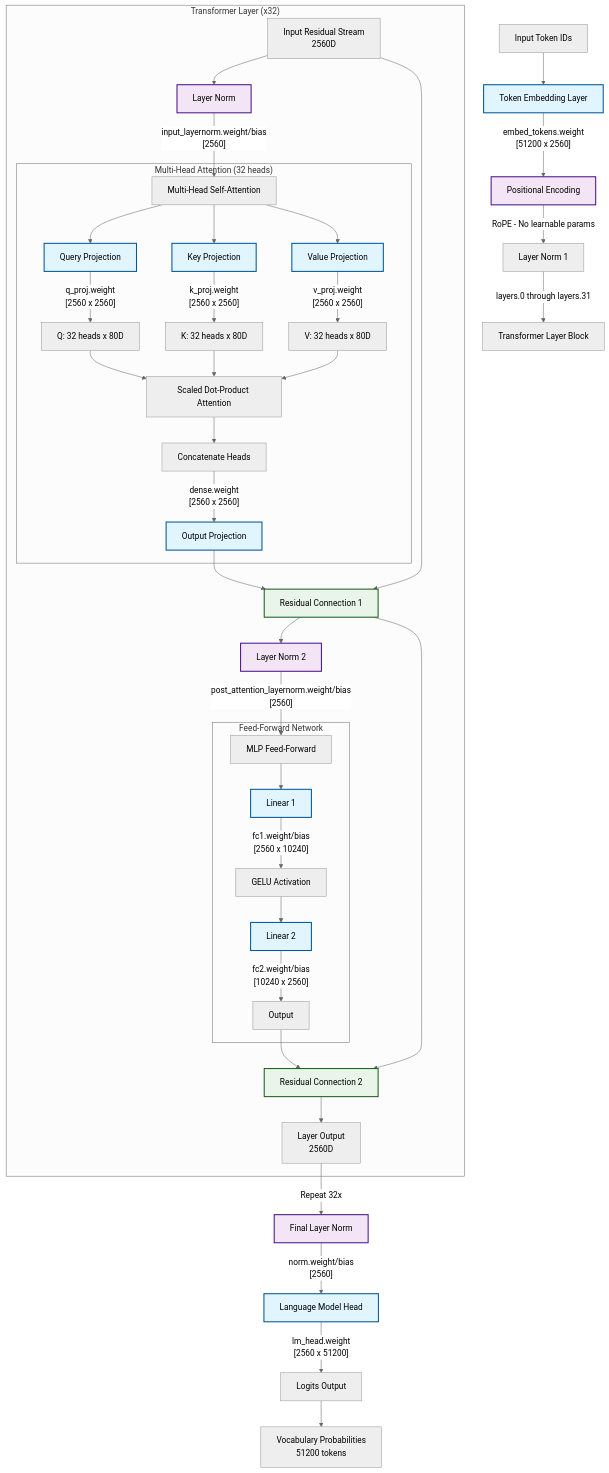
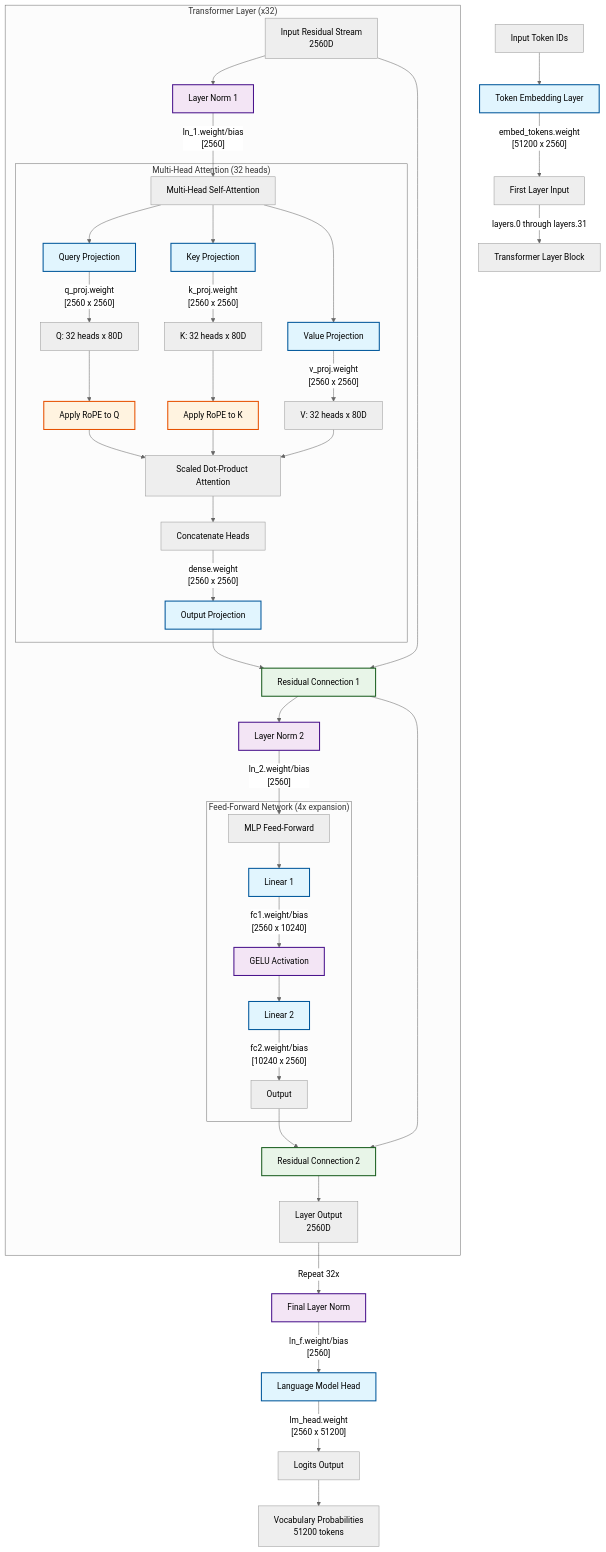
The diagram in README.md (yeager620/mechanistic), drawn with Mermaid (neutral theme) before and after one commit. The commit also changed other lines of this file and 11 other files, not shown here.

````diff
--- a/README.md
+++ b/README.md
@@ -267,64 +306,67 @@
 ```mermaid
 graph TD
     %% Input Processing
     A[Input Token IDs] --> B[Token Embedding Layer]
-    B --> |"embed_tokens.weight<br/>[51200 x 2560]"| C[Positional Encoding]
-    C --> |"RoPE - No learnable params"| D[Layer Norm 1]
+    B --> |"embed_tokens.weight<br/>[51200 x 2560]"| D[First Layer Input]
     
     %% Transformer Layers (32 layers total)
     D --> |"layers.0 through layers.31"| E[Transformer Layer Block]
     
     %% Detailed Transformer Layer
     subgraph TransformerLayer ["Transformer Layer (x32)"]
         E1[Input Residual Stream<br/>2560D] 
-        E1 --> E2[Layer Norm]
-        E2 --> |"input_layernorm.weight/bias<br/>[2560]"| E3[Multi-Head Self-Attention]
+        E1 --> E2[Layer Norm 1]
+        E2 --> |"ln_1.weight/bias<br/>[2560]"| E3[Multi-Head Self-Attention]
         
         %% Attention Detail
         subgraph Attention ["Multi-Head Attention (32 heads)"]
             E3 --> E4[Query Projection]
             E3 --> E5[Key Projection] 
             E3 --> E6[Value Projection]
             E4 --> |"q_proj.weight<br/>[2560 x 2560]"| E7[Q: 32 heads x 80D]
             E5 --> |"k_proj.weight<br/>[2560 x 2560]"| E8[K: 32 heads x 80D]
             E6 --> |"v_proj.weight<br/>[2560 x 2560]"| E9[V: 32 heads x 80D]
-            E7 --> E10[Scaled Dot-Product Attention]
-            E8 --> E10
+            E7 --> E7a[Apply RoPE to Q]
+            E8 --> E8a[Apply RoPE to K]
+            E7a --> E10[Scaled Dot-Product Attention]
+            E8a --> E10
             E9 --> E10
             E10 --> E11[Concatenate Heads]
             E11 --> |"dense.weight<br/>[2560 x 2560]"| E12[Output Projection]
         end
         
         E12 --> E13[Residual Connection 1]
         E1 --> E13
         E13 --> E14[Layer Norm 2] 
-        E14 --> |"post_attention_layernorm.weight/bias<br/>[2560]"| E15[MLP Feed-Forward]
+        E14 --> |"ln_2.weight/bias<br/>[2560]"| E15[MLP Feed-Forward]
         
         %% MLP Detail  
-        subgraph MLP ["Feed-Forward Network"]
+        subgraph MLP ["Feed-Forward Network (4x expansion)"]
             E15 --> E16[Linear 1]
             E16 --> |"fc1.weight/bias<br/>[2560 x 10240]"| E17[GELU Activation]
             E17 --> E18[Linear 2]
             E18 --> |"fc2.weight/bias<br/>[10240 x 2560]"| E19[Output]
         end
         
         E19 --> E20[Residual Connection 2]
         E13 --> E20
         E20 --> E21[Layer Output<br/>2560D]
     end
     
     %% Output Processing
     E21 --> |"Repeat 32x"| F[Final Layer Norm]
-    F --> |"norm.weight/bias<br/>[2560]"| G[Language Model Head]
+    F --> |"ln_f.weight/bias<br/>[2560]"| G[Language Model Head]
     G --> |"lm_head.weight<br/>[2560 x 51200]"| H[Logits Output]
     H --> I[Vocabulary Probabilities<br/>51200 tokens]
     
     %% Styling
     classDef weightMatrix fill:#e1f5fe,stroke:#01579b,stroke-width:2px
     classDef activation fill:#f3e5f5,stroke:#4a148c,stroke-width:2px
     classDef residual fill:#e8f5e8,stroke:#1b5e20,stroke-width:2px
+    classDef rope fill:#fff3e0,stroke:#e65100,stroke-width:2px
     
     class B,E4,E5,E6,E12,E16,E18,G weightMatrix
-    class C,E2,E14,F activation
+    class E2,E14,F,E17 activation
     class E13,E20 residual
+    class E7a,E8a rope
 ```
````
